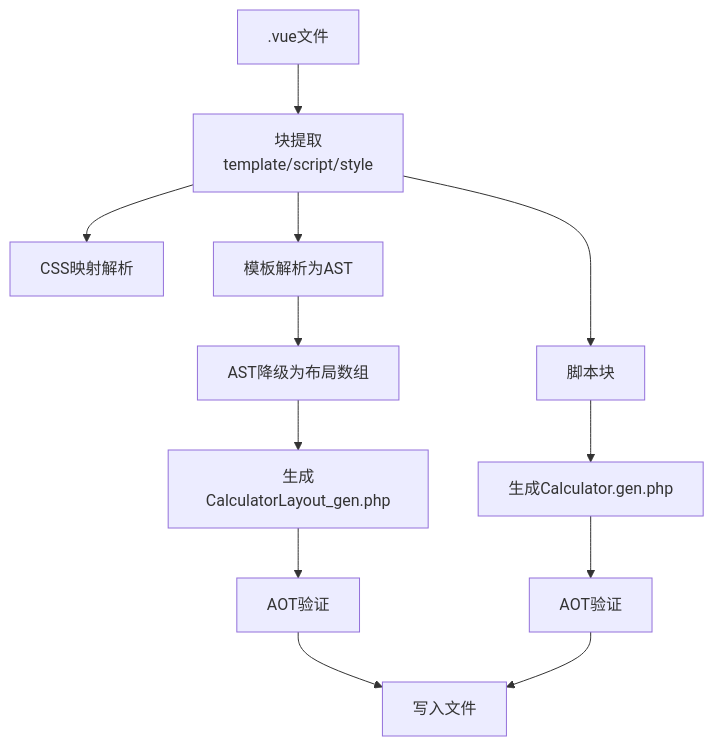
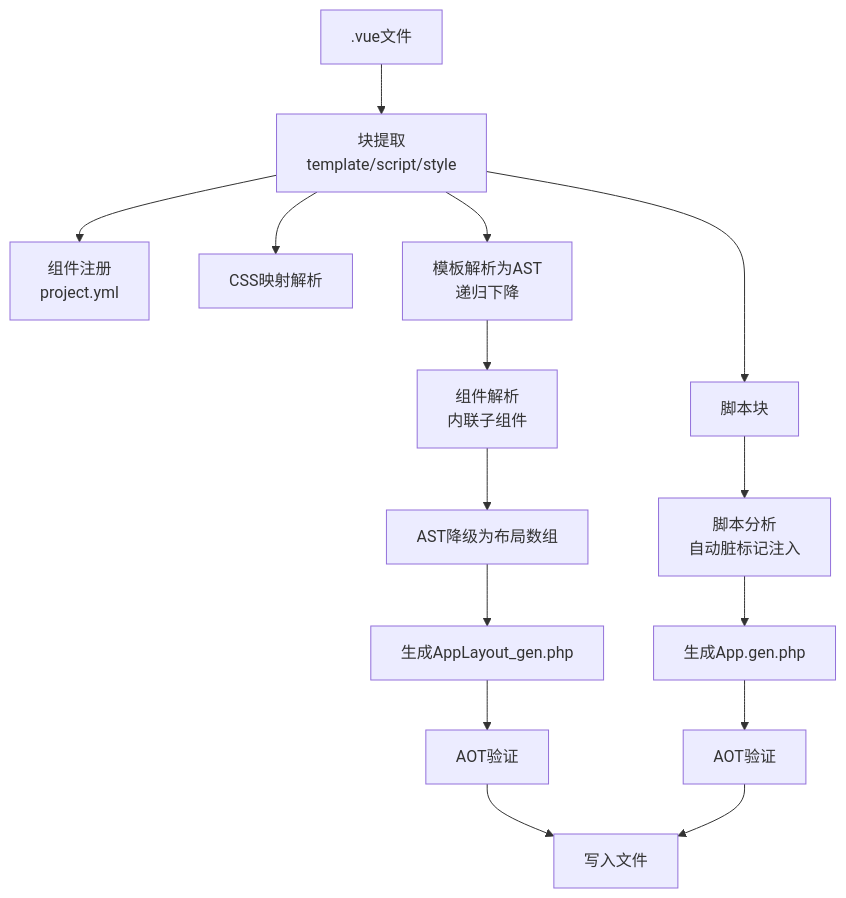
Diagram 12 of 12 in .qoder/repowiki/zh/content/SFC编译器系统/SFC编译器系统.md (xingye00186/PHP-Data-UI-Framework-powered-by-swooleAOT), drawn with Mermaid before and after one commit. The commit also changed other lines of this file and 7 other files, not shown here.

````diff
--- a/.qoder/repowiki/zh/content/SFC编译器系统/SFC编译器系统.md
+++ b/.qoder/repowiki/zh/content/SFC编译器系统/SFC编译器系统.md
@@ -428,14 +582,17 @@
 ```mermaid
 flowchart TD
 VUE[".vue文件"] --> EXTRACT["块提取<br/>template/script/style"]
+EXTRACT --> REGISTRY["组件注册<br/>project.yml"]
 EXTRACT --> CSSPARSE["CSS映射解析"]
-EXTRACT --> TLPARSE["模板解析为AST"]
-TLPARSE --> LOWER["AST降级为布局数组"]
-LOWER --> GENLAYOUT["生成CalculatorLayout_gen.php"]
+EXTRACT --> TLPARSE["模板解析为AST<br/>递归下降"]
+TLPARSE --> COMPRESOLVE["组件解析<br/>内联子组件"]
+COMPRESOLVE --> LOWER["AST降级为布局数组"]
+LOWER --> GENLAYOUT["生成AppLayout_gen.php"]
 GENLAYOUT --> VALID1["AOT验证"]
 EXTRACT --> SCRIPT["脚本块"]
-SCRIPT --> GENCLASS["生成Calculator.gen.php"]
+SCRIPT --> SCRIPTANALYZE["脚本分析<br/>自动脏标记注入"]
+SCRIPTANALYZE --> GENCLASS["生成App.gen.php"]
 GENCLASS --> VALID2["AOT验证"]
 VALID1 --> WRITE["写入文件"]
 VALID2 --> WRITE
 ```
````
